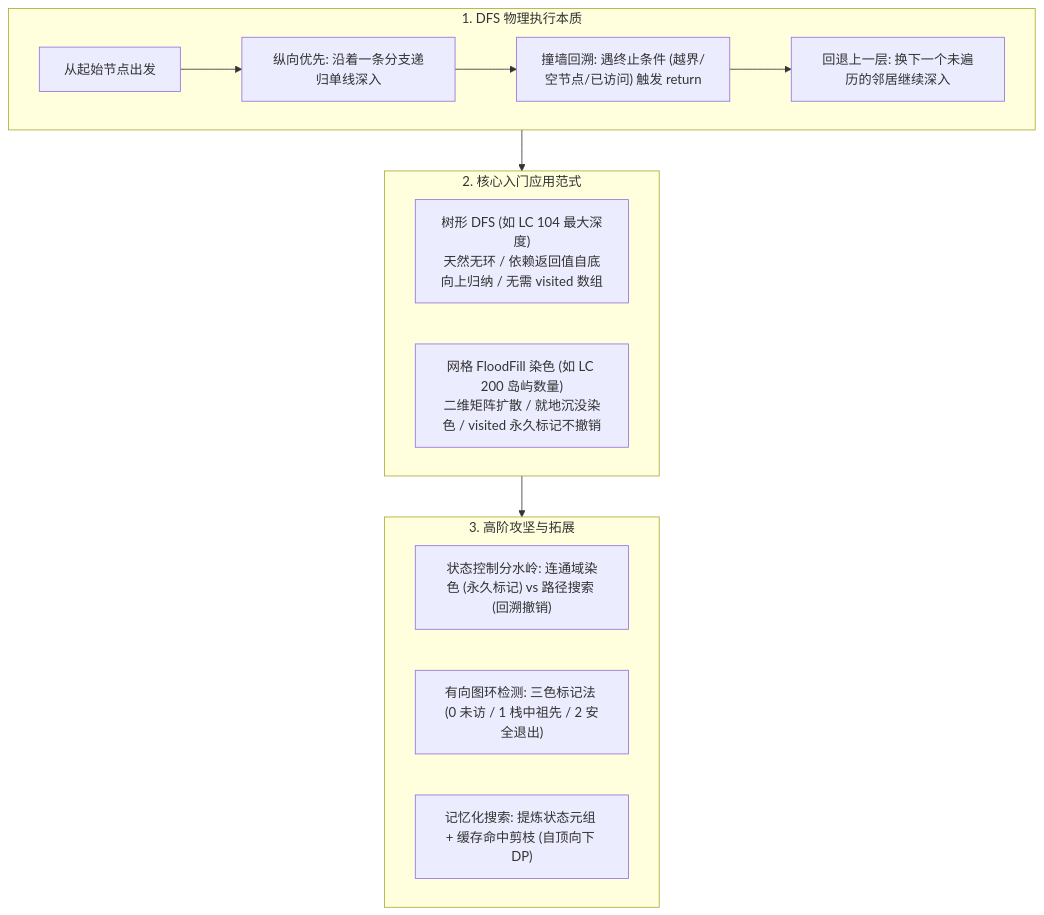
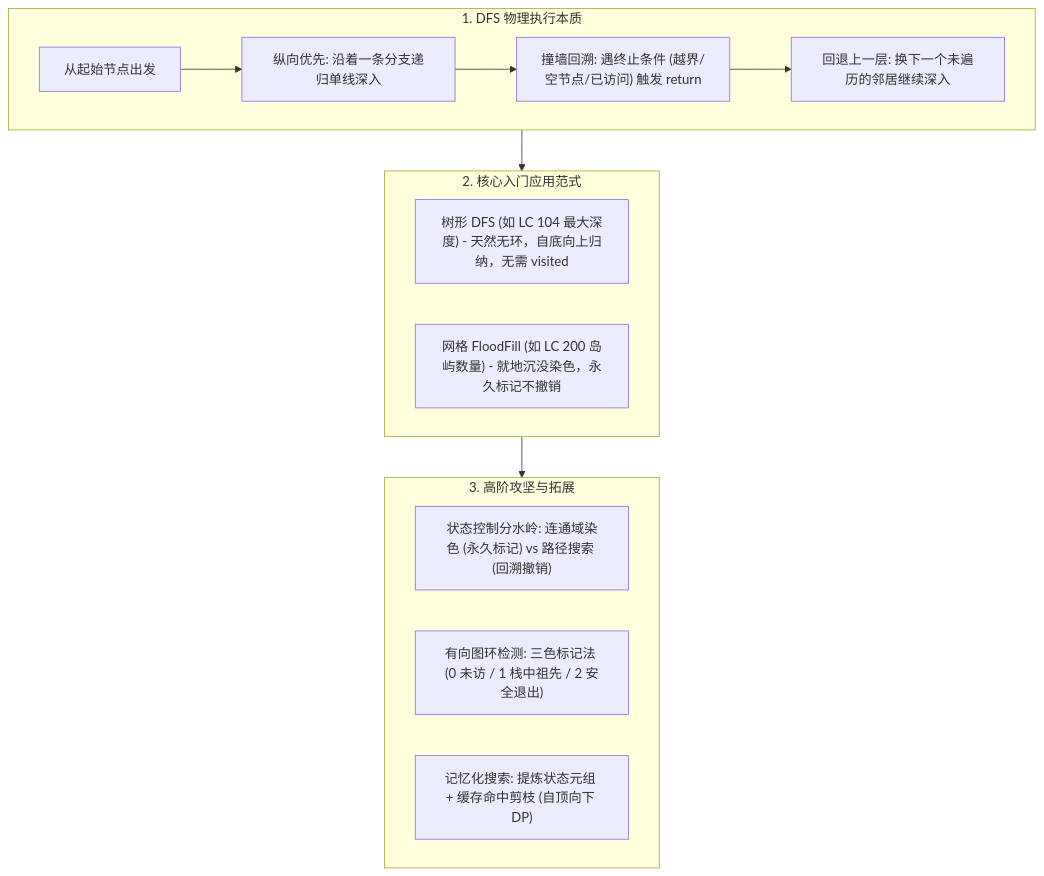
The diagram in 30-算法与数据结构/02-算法思想/06-DFS深度优先.md (GuoWWWX/knowledge-base), drawn with Mermaid before and after one commit. The commit also changed other lines of this file and 7 other files, not shown here.

````diff
--- a/30-算法与数据结构/02-算法思想/06-DFS深度优先.md
+++ b/30-算法与数据结构/02-算法思想/06-DFS深度优先.md
@@ -23,24 +23,22 @@
 ```mermaid
 flowchart TD
     subgraph CoreFlow["1. DFS 物理执行本质"]
         A["从起始节点出发"] --> B["纵向优先: 沿着一条分支递归单线深入"]
         B --> C["撞墙回溯: 遇终止条件 (越界/空节点/已访问) 触发 return"]
         C --> D["回退上一层: 换下一个未遍历的邻居继续深入"]
     end
 
     subgraph TwoScenes["2. 核心入门应用范式"]
-        T1["树形 DFS (如 LC 104 最大深度)
-天然无环 / 依赖返回值自底向上归纳 / 无需 visited 数组"]
-        T2["网格 FloodFill 染色 (如 LC 200 岛屿数量)
-二维矩阵扩散 / 就地沉没染色 / visited 永久标记不撤销"]
+        T1["树形 DFS (如 LC 104 最大深度) - 天然无环，自底向上归纳，无需 visited"]
+        T2["网格 FloodFill (如 LC 200 岛屿数量) - 就地沉没染色，永久标记不撤销"]
     end
 
     subgraph Advanced["3. 高阶攻坚与拓展"]
         P1["状态控制分水岭: 连通域染色 (永久标记) vs 路径搜索 (回溯撤销)"]
         P2["有向图环检测: 三色标记法 (0 未访 / 1 栈中祖先 / 2 安全退出)"]
         P3["记忆化搜索: 提炼状态元组 + 缓存命中剪枝 (自顶向下 DP)"]
     end
 
     CoreFlow --> TwoScenes
     TwoScenes --> Advanced
 ```
````
